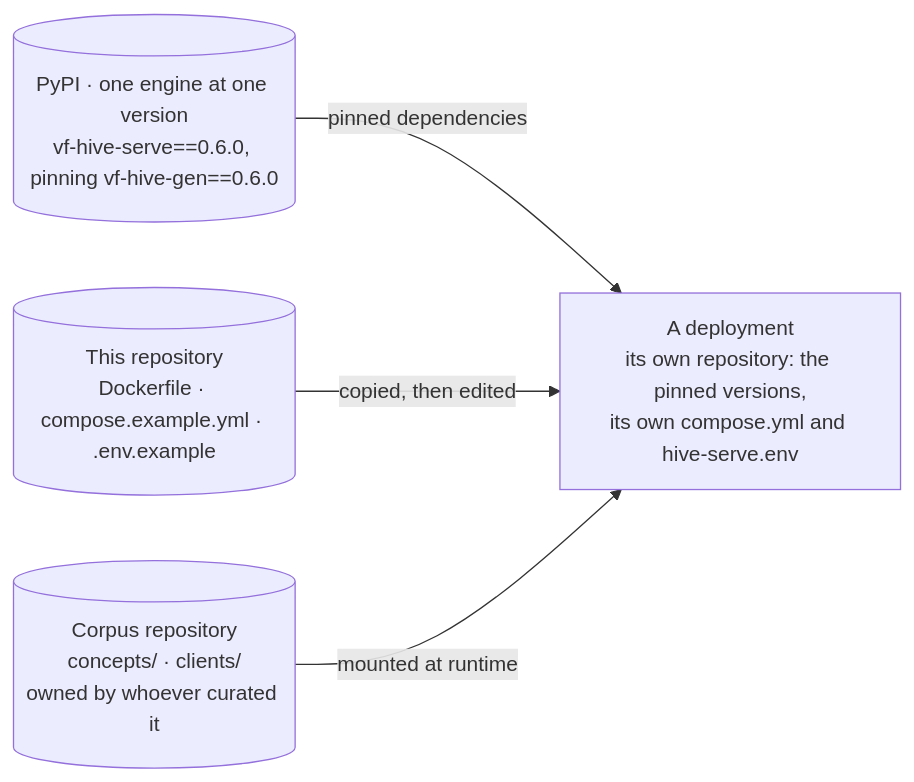
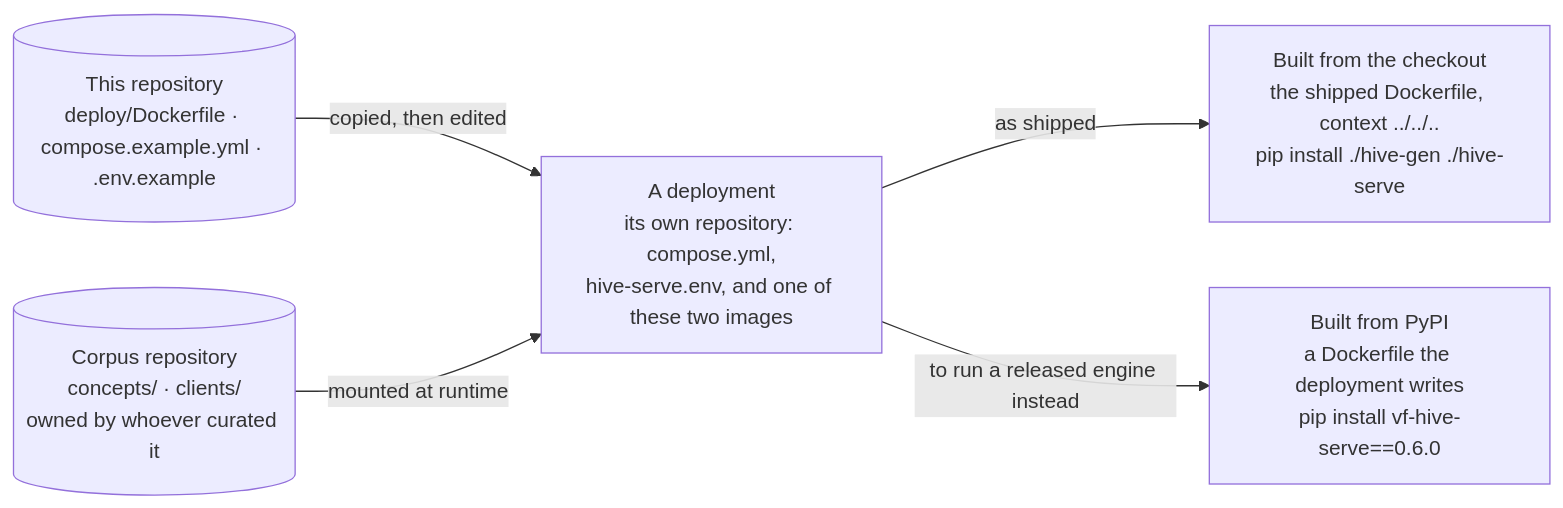
The first of 2 diagrams in docs/guides/serving-cards.md (voyagerforge-dev/hive-intelligence), drawn with Mermaid before and after one commit. The commit also changed other lines of this file and 3 other files, not shown here.

Commit message:
no-mistakes(review): docs: correct diagram prose and drop ignored mermaid directions

````diff
--- a/docs/guides/serving-cards.md
+++ b/docs/guides/serving-cards.md
@@ -30,11 +31,13 @@
 ```mermaid
 flowchart LR
-    pypi[("PyPI · one engine at one version<br/>vf-hive-serve==0.6.0, pinning vf-hive-gen==0.6.0")]
-    engine[("This repository<br/>Dockerfile · compose.example.yml · .env.example")]
+    engine[("This repository<br/>deploy/Dockerfile · compose.example.yml · .env.example")]
     corpus[("Corpus repository<br/>concepts/ · clients/<br/>owned by whoever curated it")]
-    fork["A deployment<br/>its own repository: the pinned versions,<br/>its own compose.yml and hive-serve.env"]
+    fork["A deployment<br/>its own repository: compose.yml,<br/>hive-serve.env, and one of these two images"]
+    src["Built from the checkout<br/>the shipped Dockerfile, context ../../..<br/>pip install ./hive-gen ./hive-serve"]
+    pin["Built from PyPI<br/>a Dockerfile the deployment writes<br/>pip install vf-hive-serve==0.6.0"]
 
-    pypi -->|pinned dependencies| fork
     engine -->|copied, then edited| fork
     corpus -->|mounted at runtime| fork
+    fork -->|as shipped| src
+    fork -->|to run a released engine instead| pin
 ```
````
